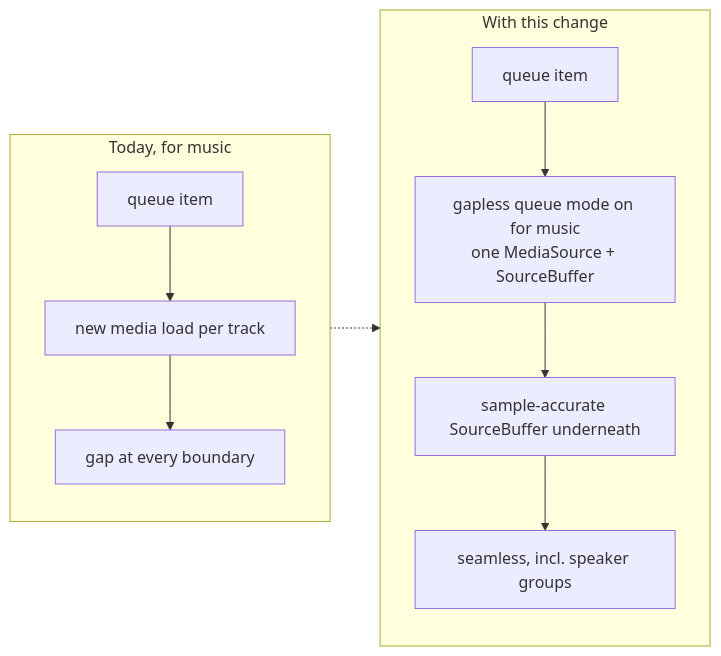
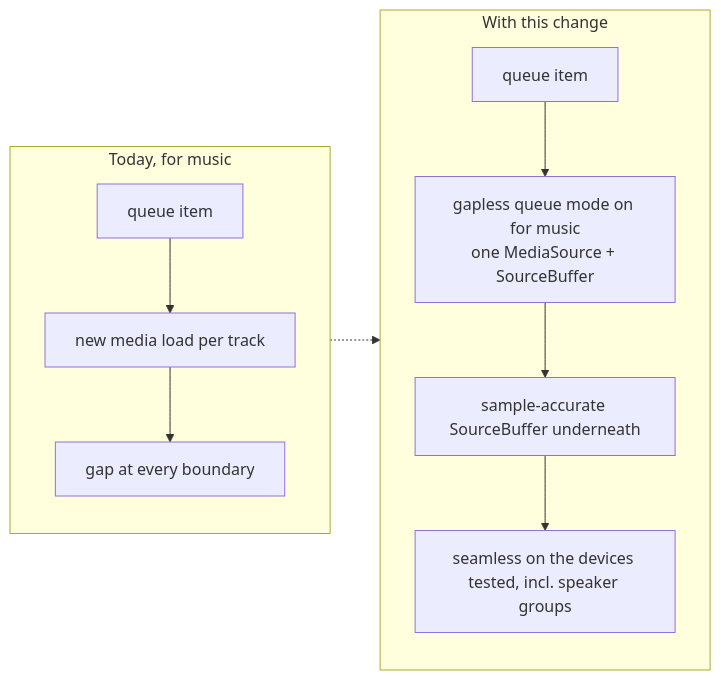
The fourth of 4 diagrams in README.md (Picazsoo/gapless-cast-demo), drawn with Mermaid before and after one commit. The commit also changed other lines of this file and 1 other file, not shown here.

First line of the commit message:
Consistency pass: lossless vs Opus bridge, tested-so-far wording; README links the demo page

````diff
--- a/README.md
+++ b/README.md
@@ -116,12 +120,12 @@
 ```mermaid
 flowchart LR
     subgraph now ["Today, for music"]
         direction TB
         n1["queue item"] --> n2["new media load per track"] --> n3["gap at every boundary"]
     end
     subgraph next ["With this change"]
         direction TB
-        x1["queue item"] --> x2["gapless queue mode on for music<br/>one MediaSource + SourceBuffer"] --> x3["sample-accurate SourceBuffer underneath"] --> x4["seamless, incl. speaker groups"]
+        x1["queue item"] --> x2["gapless queue mode on for music<br/>one MediaSource + SourceBuffer"] --> x3["sample-accurate SourceBuffer underneath"] --> x4["seamless on the devices tested, incl. speaker groups"]
     end
     now -.-> next
 ```
````
